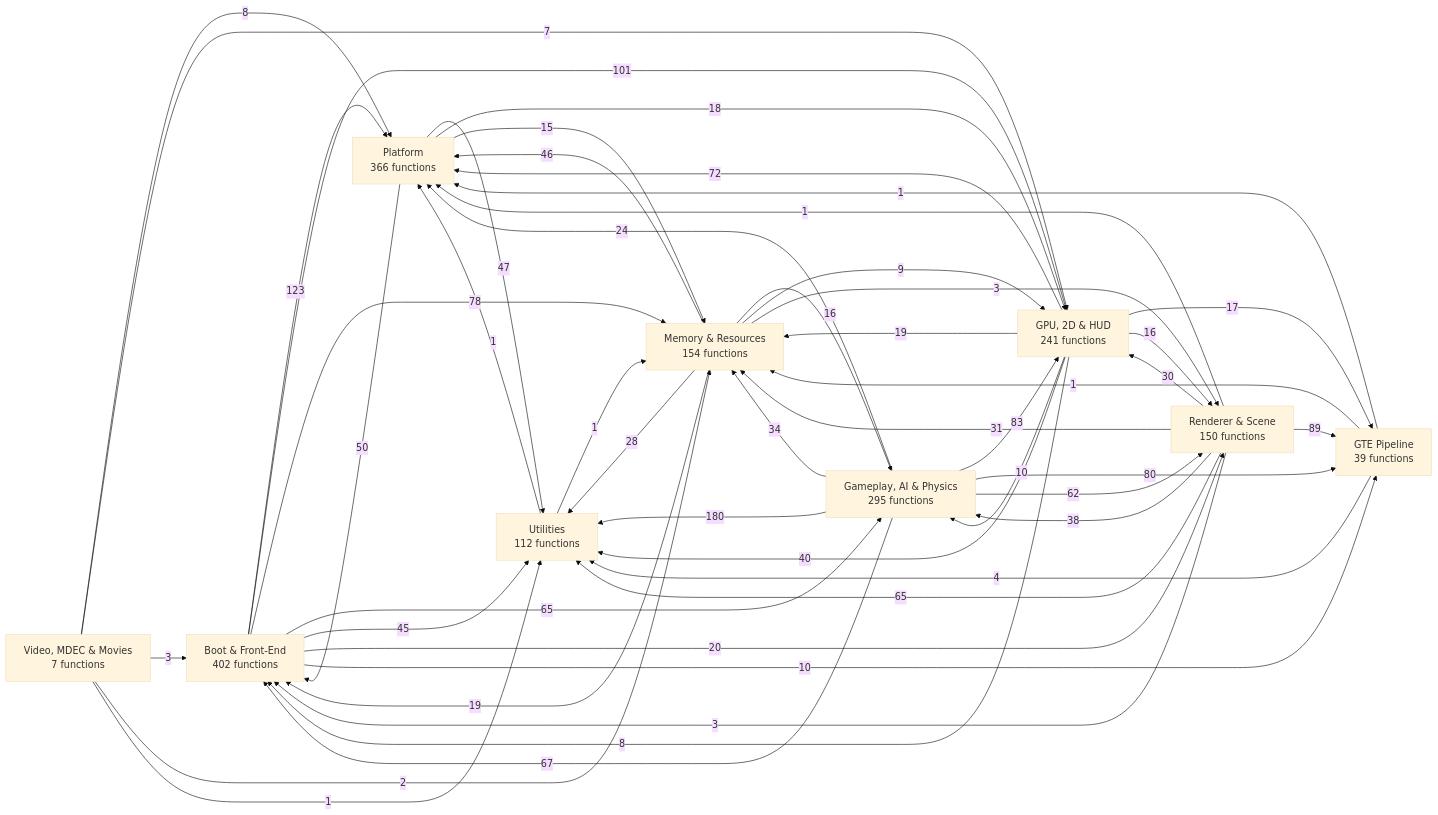
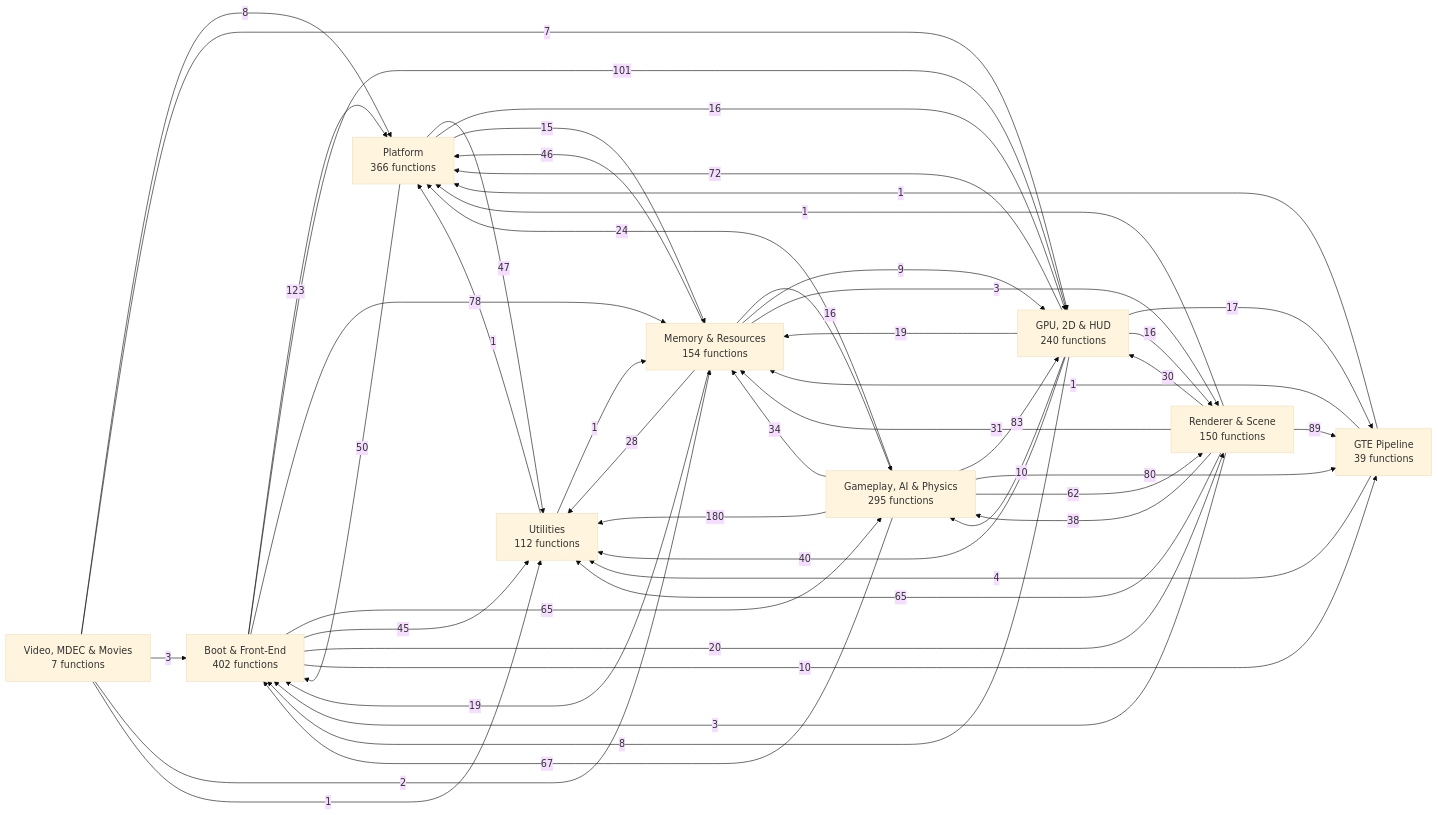
Before and after one commit to kai-luni/Future-Cop-L.A.P.D-PS1: the first of 11 diagrams in docs/FUNCTION_MAP.md, drawn with Mermaid (base theme). The commit also changed other lines of this file and 177 other files, not shown here.

````diff
--- a/docs/FUNCTION_MAP.md
+++ b/docs/FUNCTION_MAP.md
@@ -13,60 +13,60 @@
 ```mermaid
 graph LR
     g0["Boot & Front-End<br/>402 functions"]
     g1["Memory & Resources<br/>154 functions"]
     g2["Video, MDEC & Movies<br/>7 functions"]
     g3["GTE Pipeline<br/>39 functions"]
     g4["Renderer & Scene<br/>150 functions"]
-    g5["GPU, 2D & HUD<br/>241 functions"]
+    g5["GPU, 2D & HUD<br/>240 functions"]
     g6["Gameplay, AI & Physics<br/>295 functions"]
     g7["Platform<br/>366 functions"]
     g8["Utilities<br/>112 functions"]
     g6 -->|180| g8
     g0 -->|123| g7
     g0 -->|101| g5
     g4 -->|89| g3
     g6 -->|83| g5
     g6 -->|80| g3
     g0 -->|78| g1
     g5 -->|72| g7
     g6 -->|67| g0
     g0 -->|65| g6
     g4 -->|65| g8
     g6 -->|62| g4
     g7 -->|50| g0
     g7 -->|47| g8
     g1 -->|46| g7
     g0 -->|45| g8
     g5 -->|40| g8
     g4 -->|38| g6
     g6 -->|34| g1
     g4 -->|31| g1
     g4 -->|30| g5
     g1 -->|28| g8
     g6 -->|24| g7
     g0 -->|20| g4
     g5 -->|19| g1
     g1 -->|19| g0
-    g7 -->|18| g5
     g5 -->|17| g3
     g5 -->|16| g4
     g1 -->|16| g6
+    g7 -->|16| g5
     g7 -->|15| g1
     g0 -->|10| g3
     g5 -->|10| g6
     g1 -->|9| g5
     g5 -->|8| g0
     g2 -->|8| g7
     g2 -->|7| g5
     g3 -->|4| g8
     g1 -->|3| g4
     g4 -->|3| g0
     g2 -->|3| g0
     g2 -->|2| g1
     g3 -->|1| g1
     g3 -->|1| g7
     g4 -->|1| g7
     g8 -->|1| g1
     g8 -->|1| g7
     g2 -->|1| g8
 ```
````
